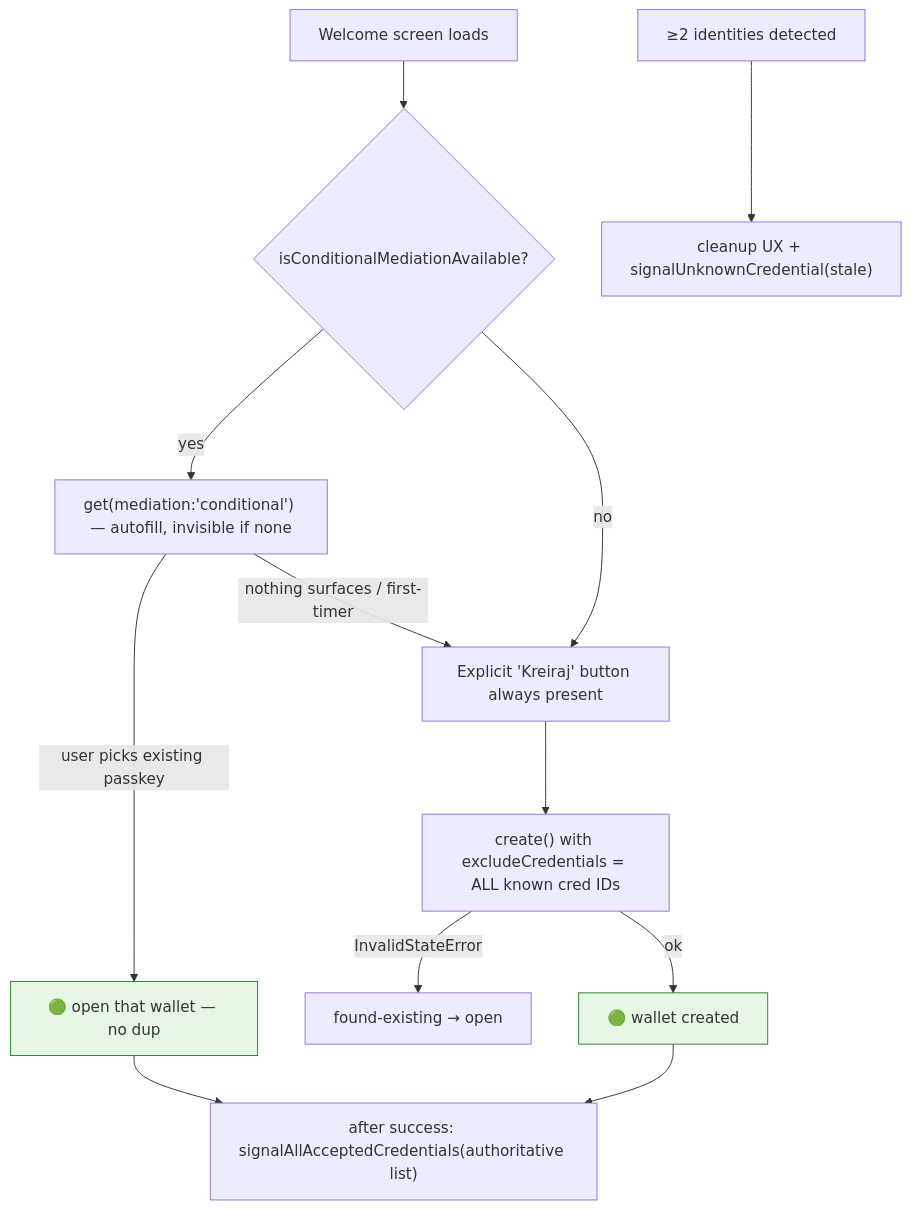
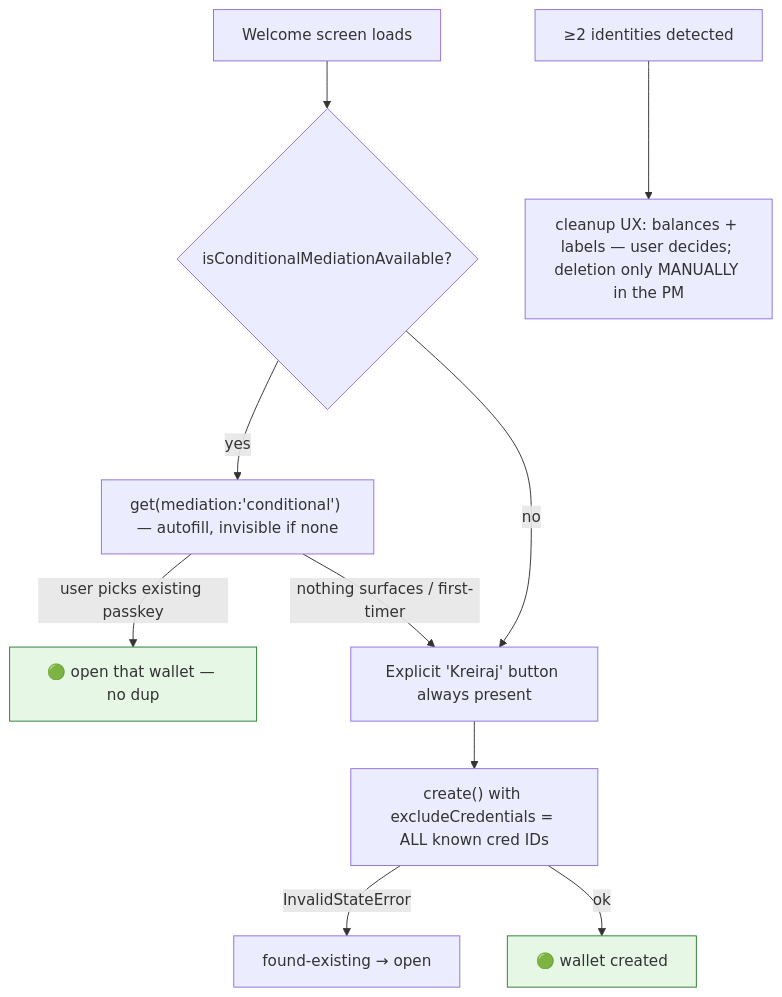
One commit to domovinatv/pay.domovina.ai changed the diagram in wallet/docs/passkey-onboarding-industry-standards.md. Above: the diagram before and after it, drawn with Mermaid. The commit also changed other lines of this file and 2 other files, not shown here.

````diff
--- a/wallet/docs/passkey-onboarding-industry-standards.md
+++ b/wallet/docs/passkey-onboarding-industry-standards.md
@@ -113,17 +118,15 @@
 ```mermaid
 flowchart TD
     LOAD[Welcome screen loads] --> CM{isConditionalMediationAvailable?}
     CM -->|yes| COND["get(mediation:'conditional') — autofill, invisible if none"]
     COND -->|user picks existing passkey| OPEN[🟢 open that wallet — no dup]
     COND -->|nothing surfaces / first-timer| BTN
     CM -->|no| BTN[Explicit 'Kreiraj' button always present]
     BTN --> CREATE["create() with excludeCredentials = ALL known cred IDs"]
     CREATE -->|InvalidStateError| FE[found-existing → open]
     CREATE -->|ok| MADE[🟢 wallet created]
-    OPEN --> SIGNAL
-    MADE --> SIGNAL["after success: signalAllAcceptedCredentials(authoritative list)"]
-    DETECT[≥2 identities detected] --> CLEAN["cleanup UX + signalUnknownCredential(stale)"]
+    DETECT[≥2 identities detected] --> CLEAN["cleanup UX: balances + labels — user decides; deletion only MANUALLY in the PM"]
 
     classDef ok fill:#e6f7e6,stroke:#2e7d32;
     class OPEN,MADE ok;
 ```
````
